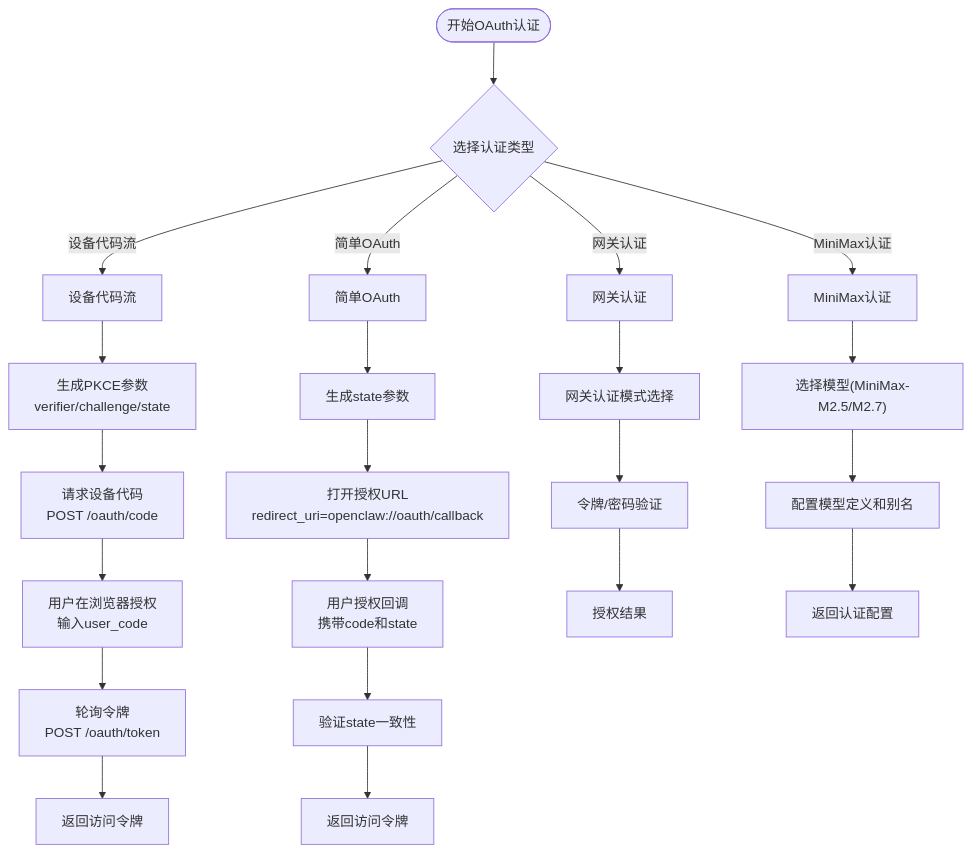
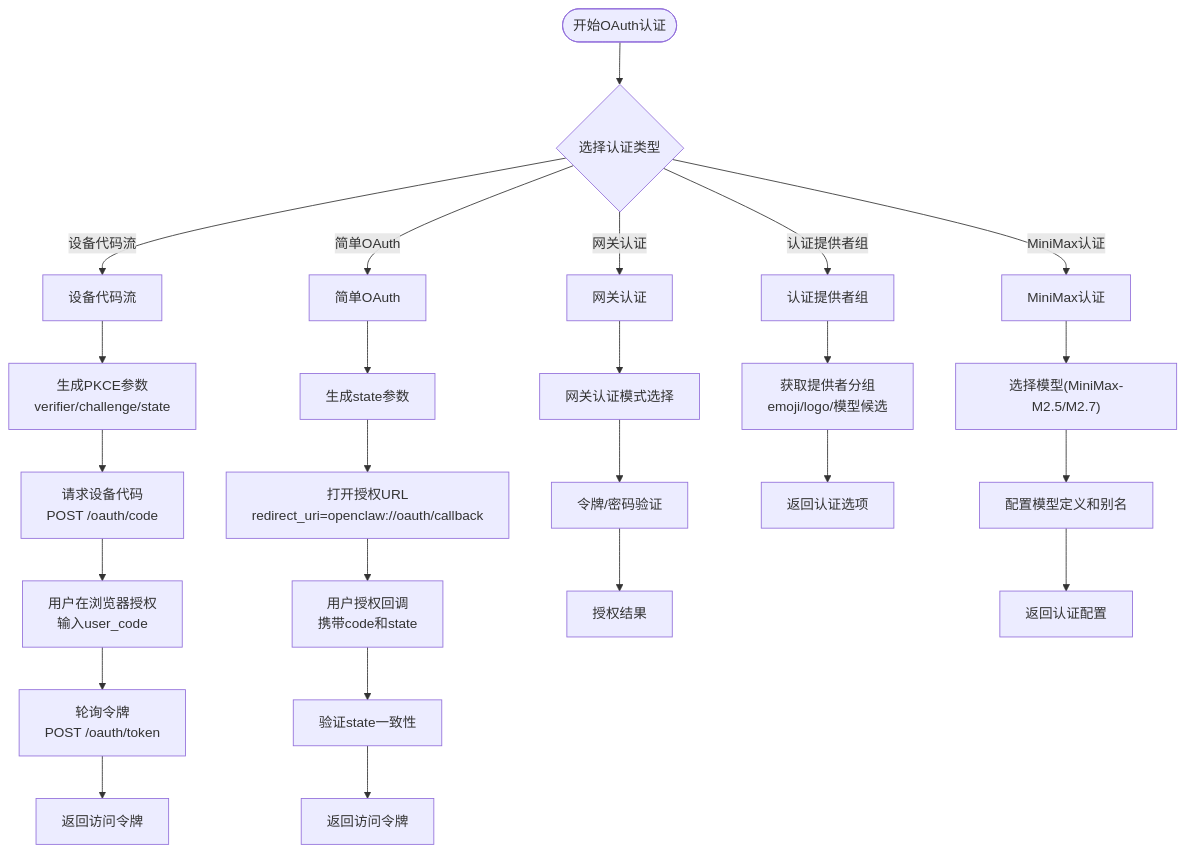
Before and after one commit to verse-ai-org/openclaw: diagram 15 of 15 in .qoder/repowiki/zh/content/安全与配置/认证系统/认证系统.md, drawn with Mermaid. The commit also changed other lines of this file and 11 other files, not shown here.

````diff
--- a/.qoder/repowiki/zh/content/安全与配置/认证系统/认证系统.md
+++ b/.qoder/repowiki/zh/content/安全与配置/认证系统/认证系统.md
@@ -692,24 +830,27 @@
 ```mermaid
 flowchart TD
 Start(["开始OAuth认证"]) --> Choice{"选择认证类型"}
 Choice --> |设备代码流| DC["设备代码流"]
 Choice --> |简单OAuth| SO["简单OAuth"]
 Choice --> |网关认证| GA["网关认证"]
+Choice --> |认证提供者组| ACG["认证提供者组"]
 Choice --> |MiniMax认证| MMA["MiniMax认证"]
 DC --> DCC["生成PKCE参数<br/>verifier/challenge/state"]
 DCC --> DCR["请求设备代码<br/>POST /oauth/code"]
 DCR --> DCA["用户在浏览器授权<br/>输入user_code"]
 DCA --> DCP["轮询令牌<br/>POST /oauth/token"]
 DCP --> DCS["返回访问令牌"]
 SO --> SOR["生成state参数"]
 SOR --> SOP["打开授权URL<br/>redirect_uri=openclaw://oauth/callback"]
 SOP --> SOA["用户授权回调<br/>携带code和state"]
 SOA --> SOC["验证state一致性"]
 SOC --> SOT["返回访问令牌"]
 GA --> GAR["网关认证模式选择"]
 GAR --> GAS["令牌/密码验证"]
 GAS --> GAT["授权结果"]
+ACG --> ACGE["获取提供者分组<br/>emoji/logo/模型候选"]
+ACGE --> ACGR["返回认证选项"]
 MMA --> MMAC["选择模型(MiniMax-M2.5/M2.7)"]
 MMAC --> MMAD["配置模型定义和别名"]
 MMAD --> MMAE["返回认证配置"]
 ```
````
